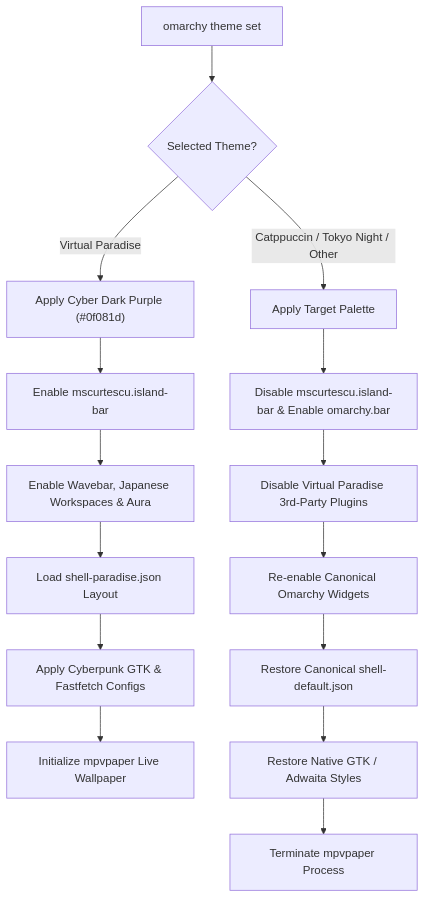
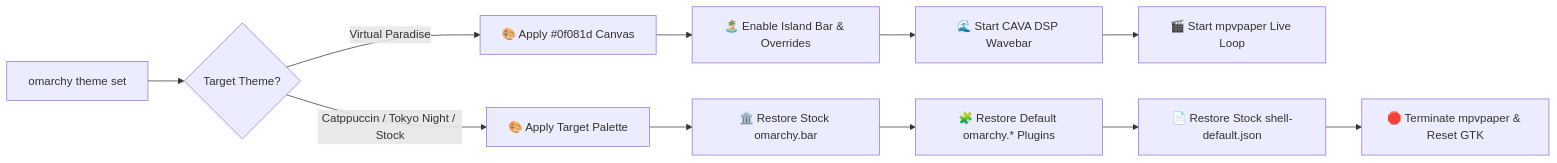
One commit to llIIllIID0EIIllIIll/virtual-paradise changed the diagram in README.md. Above: the diagram before and after it, drawn with Mermaid. The commit also changed other lines of this file, not shown here.

Commit message:
docs: overhaul README with unixporn-tier layout, visual palette table & architecture specs

````diff
--- a/README.md
+++ b/README.md
@@ -128,19 +88,15 @@
 ```mermaid
-flowchart TD
-    A["omarchy theme set"] --> B{"Selected Theme?"}
+flowchart LR
+    A["omarchy theme set"] --> B{"Target Theme?"}
     
-    B -- "Virtual Paradise" --> C["Apply Cyber Dark Purple (#0f081d)"]
-    C --> D["Enable mscurtescu.island-bar"]
-    D --> E["Enable Wavebar, Japanese Workspaces & Aura"]
-    E --> F["Load shell-paradise.json Layout"]
-    F --> G["Apply Cyberpunk GTK & Fastfetch Configs"]
-    G --> H["Initialize mpvpaper Live Wallpaper"]
+    B -- "Virtual Paradise" --> C["🎨 Apply #0f081d Canvas"]
+    C --> D["🏝️ Enable Island Bar & Overrides"]
+    D --> E["🌊 Start CAVA DSP Wavebar"]
+    E --> F["🎬 Start mpvpaper Live Loop"]
     
-    B -- "Catppuccin / Tokyo Night / Other" --> I["Apply Target Palette"]
-    I --> J["Disable mscurtescu.island-bar & Enable omarchy.bar"]
-    J --> K["Disable Virtual Paradise 3rd-Party Plugins"]
-    K --> L["Re-enable Canonical Omarchy Widgets"]
-    L --> M["Restore Canonical shell-default.json"]
-    M --> N["Restore Native GTK / Adwaita Styles"]
-    N --> O["Terminate mpvpaper Process"]
+    B -- "Catppuccin / Tokyo Night / Stock" --> G["🎨 Apply Target Palette"]
+    G --> H["🏛️ Restore Stock omarchy.bar"]
+    H --> I["🧩 Restore Default omarchy.* Plugins"]
+    I --> J["📄 Restore Stock shell-default.json"]
+    J --> K["🛑 Terminate mpvpaper & Reset GTK"]
 ```
````
